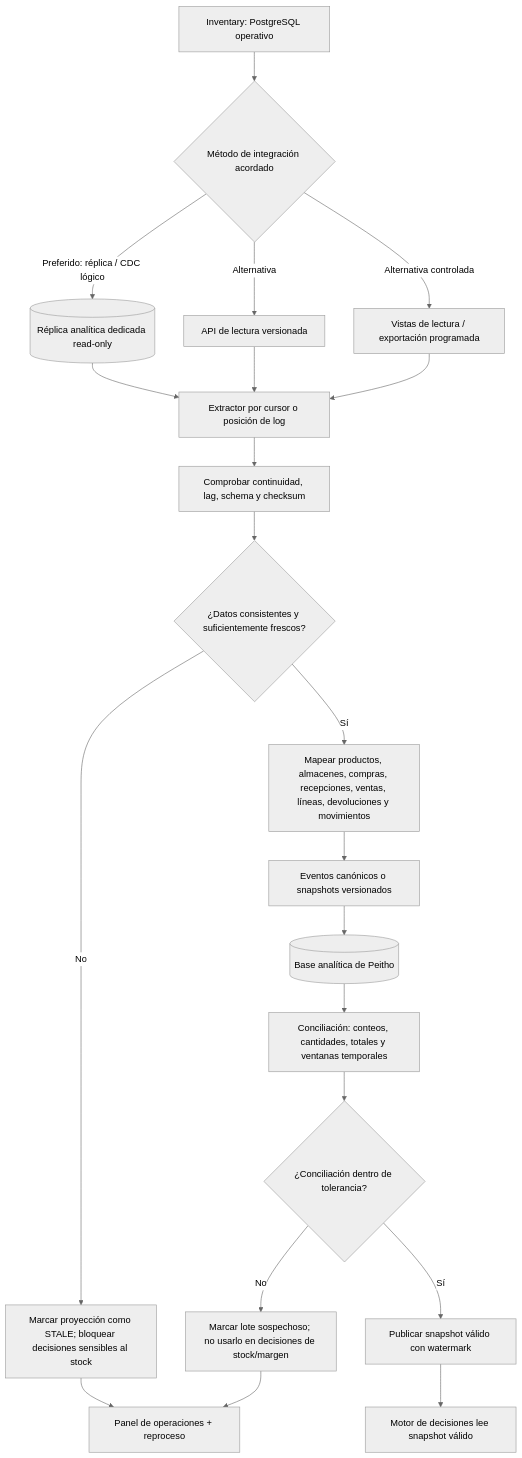
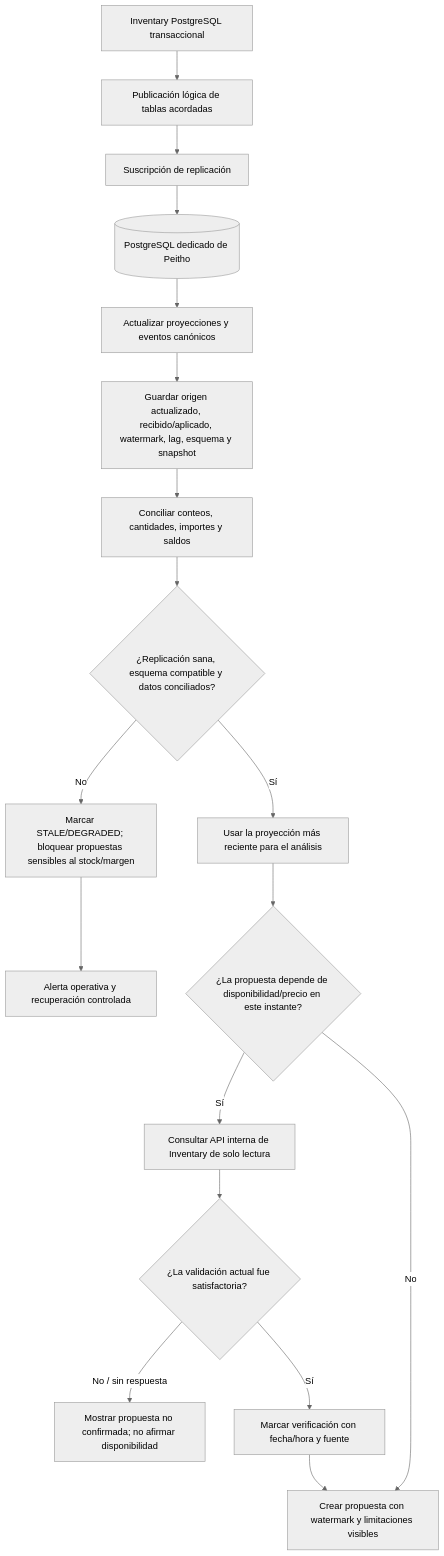
The fourth of 33 diagrams in docs/flow.md (JhonnyMinian92/Peitho), drawn with Mermaid (neutral theme) before and after one commit. The commit also changed other lines of this file and 19 other files, not shown here.

Commit message:
docs: align Peitho proposal and flows with accepted architecture decisions

````diff
--- a/docs/flow.md
+++ b/docs/flow.md
@@ -220,23 +224,20 @@
-```mermaid
+~~~mermaid
 flowchart TD
-  I[Inventary: PostgreSQL operativo] --> METHOD{Método de integración acordado}
-  METHOD -- Preferido: réplica / CDC lógico --> REPL[(Réplica analítica dedicada read-only)]
-  METHOD -- Alternativa --> API[API de lectura versionada]
-  METHOD -- Alternativa controlada --> VIEW[Vistas de lectura / exportación programada]
-  REPL --> EXTRACT[Extractor por cursor o posición de log]
-  API --> EXTRACT
-  VIEW --> EXTRACT
-  EXTRACT --> CHECK[Comprobar continuidad, lag, schema y checksum]
-  CHECK --> GOOD{¿Datos consistentes y suficientemente frescos?}
-  GOOD -- No --> STALE[Marcar proyección como STALE; bloquear decisiones sensibles al stock]
-  GOOD -- Sí --> MAP[Mapear productos, almacenes, compras, recepciones, ventas, líneas, devoluciones y movimientos]
-  MAP --> CANON[Eventos canónicos o snapshots versionados]
-  CANON --> PEITHO[(Base analítica de Peitho)]
-  PEITHO --> VERIFY[Conciliación: conteos, cantidades, totales y ventanas temporales]
-  VERIFY --> PASS{¿Conciliación dentro de tolerancia?}
-  PASS -- No --> HOLD[Marcar lote sospechoso; no usarlo en decisiones de stock/margen]
-  PASS -- Sí --> READY[Publicar snapshot válido con watermark]
-  READY --> DECISION[Motor de decisiones lee snapshot válido]
-  STALE --> OPS[Panel de operaciones + reproceso]
-  HOLD --> OPS
-```
+  INV[Inventary PostgreSQL transaccional] --> PUB[Publicación lógica de tablas acordadas]
+  PUB --> SUB[Suscripción de replicación]
+  SUB --> PEI[(PostgreSQL dedicado de Peitho)]
+  PEI --> EXTRACT[Actualizar proyecciones y eventos canónicos]
+  EXTRACT --> META[Guardar origen actualizado, recibido/aplicado, watermark, lag, esquema y snapshot]
+  META --> CHECK[Conciliar conteos, cantidades, importes y saldos]
+  CHECK --> OK{¿Replicación sana, esquema compatible y datos conciliados?}
+  OK -- No --> STALE[Marcar STALE/DEGRADED; bloquear propuestas sensibles al stock/margen]
+  OK -- Sí --> READ[Usar la proyección más reciente para el análisis]
+  READ --> NEED{¿La propuesta depende de disponibilidad/precio en este instante?}
+  NEED -- Sí --> API[Consultar API interna de Inventary de solo lectura]
+  API --> APIOK{¿La validación actual fue satisfactoria?}
+  APIOK -- No / sin respuesta --> UNCONF[Mostrar propuesta no confirmada; no afirmar disponibilidad]
+  APIOK -- Sí --> CONF[Marcar verificación con fecha/hora y fuente]
+  NEED -- No --> PROPOSAL[Crear propuesta con watermark y limitaciones visibles]
+  CONF --> PROPOSAL
+  STALE --> OPS[Alerta operativa y recuperación controlada]
+~~~
````
